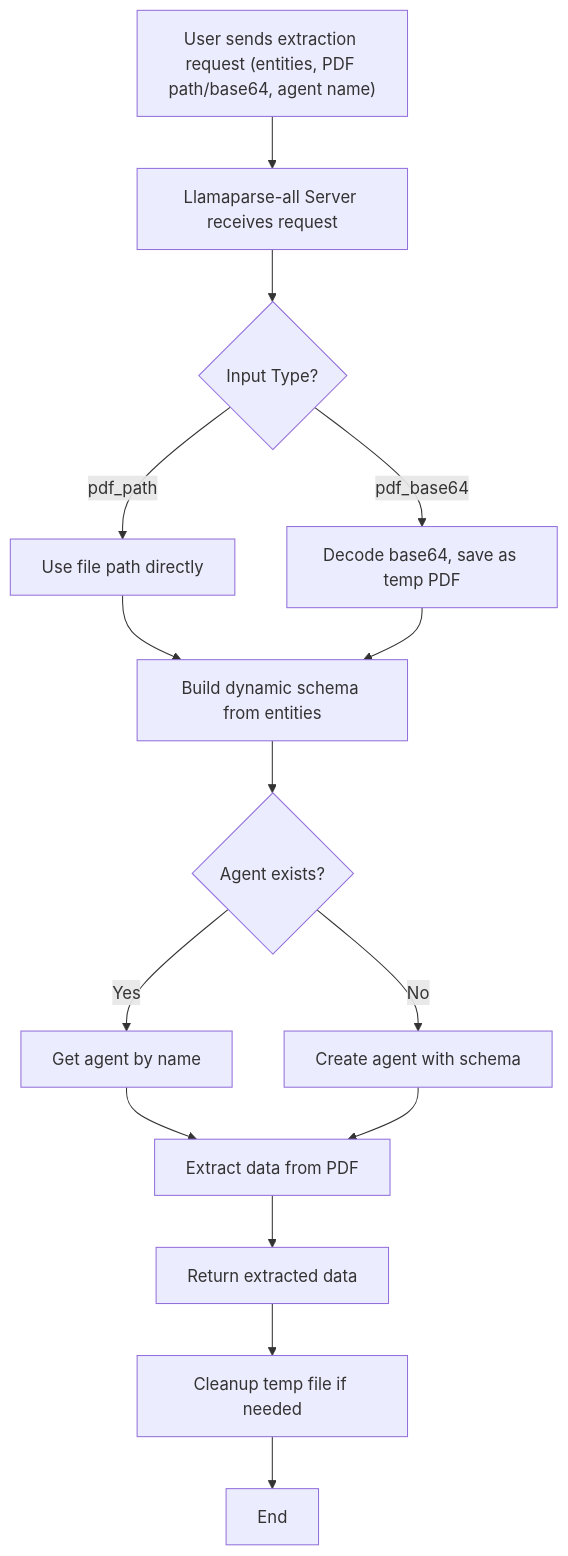
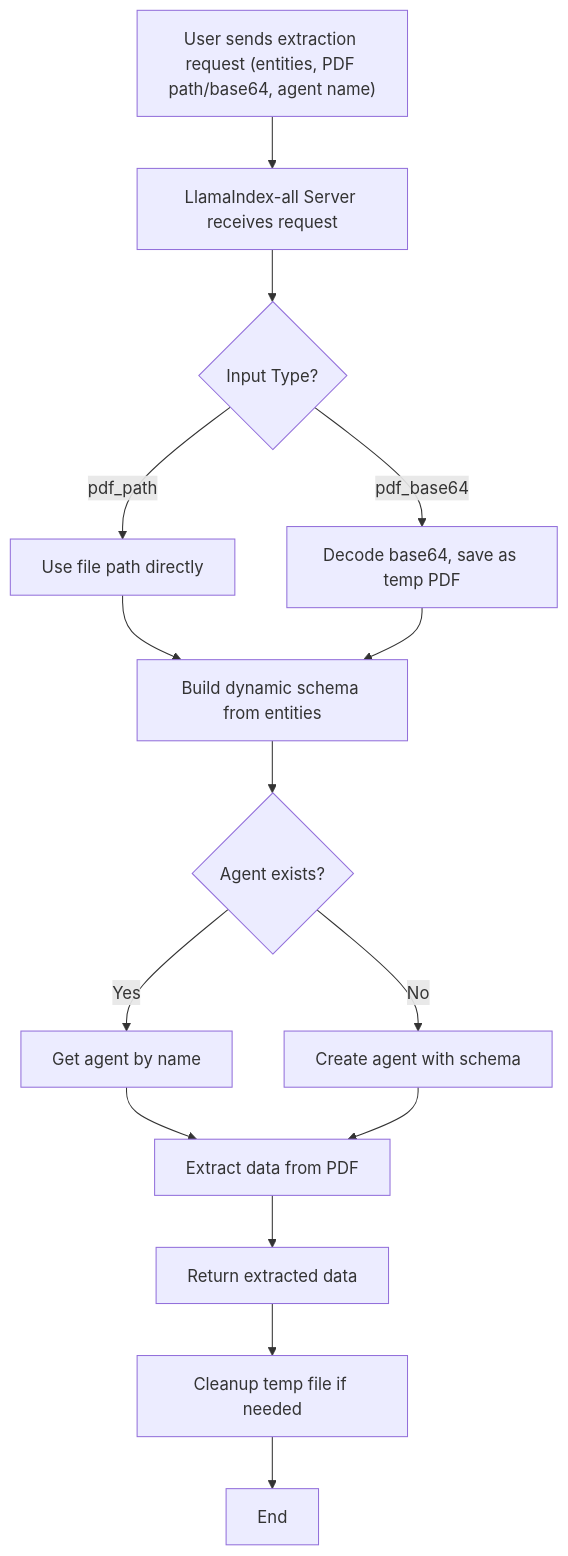
Before and after one commit to atharvabhakane/mcp-llamaIndex: the diagram in level-5/README.md, drawn with Mermaid. The commit also changed other lines of this file, not shown here.

````diff
--- a/level-5/README.md
+++ b/level-5/README.md
@@ -48,24 +48,24 @@
 ```mermaid
 flowchart TD
     User["User sends extraction request (entities, PDF path/base64, agent name)"]
-    Server["Llamaparse-all Server receives request"]
+    Server["LlamaIndex-all Server receives request"]
     InputType{"Input Type?"}
     Path["Use file path directly"]
     Base64["Decode base64, save as temp PDF"]
     Schema["Build dynamic schema from entities"]
     AgentExists{"Agent exists?"}
     GetAgent["Get agent by name"]
     CreateAgent["Create agent with schema"]
     Extract["Extract data from PDF"]
     Return["Return extracted data"]
     Cleanup["Cleanup temp file if needed"]
     End["End"]
 
     User --> Server --> InputType
     InputType -- pdf_path --> Path --> Schema
     InputType -- pdf_base64 --> Base64 --> Schema
     Schema --> AgentExists
     AgentExists -- Yes --> GetAgent --> Extract
     AgentExists -- No --> CreateAgent --> Extract
     Extract --> Return --> Cleanup --> End
 ```
````
